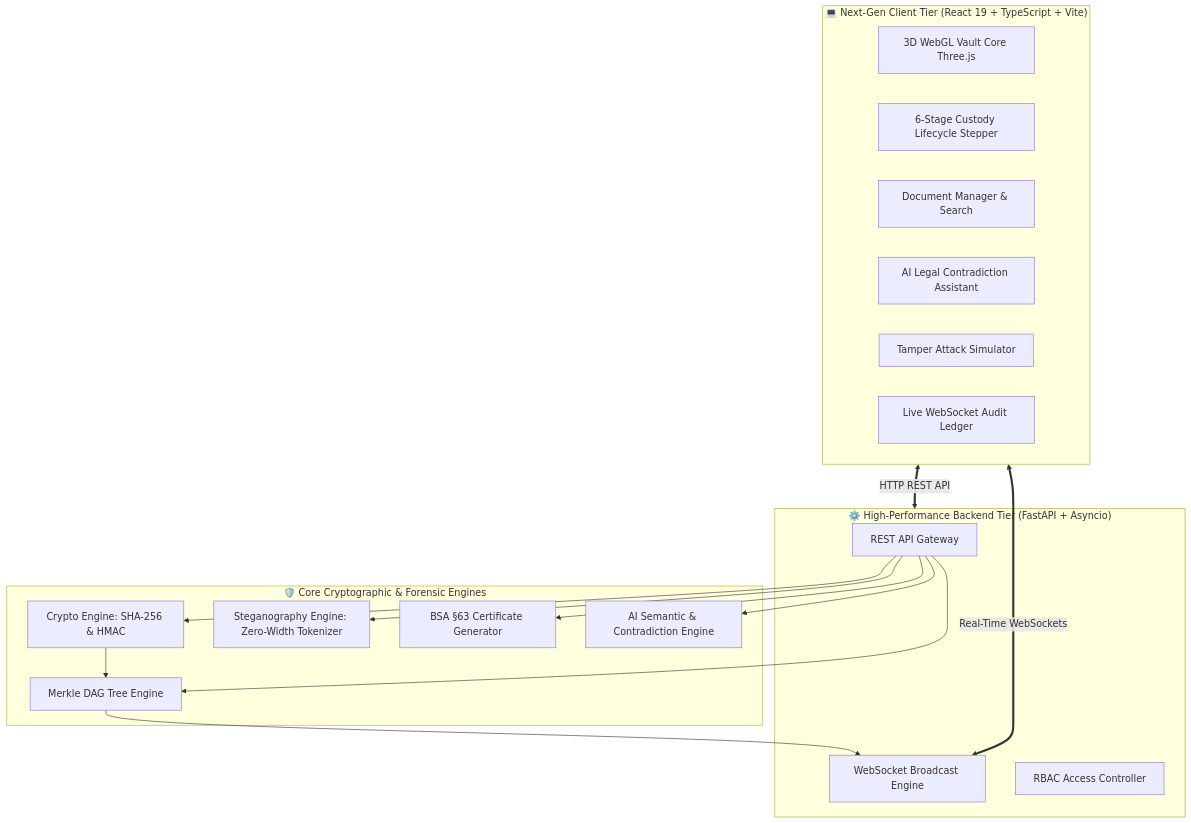
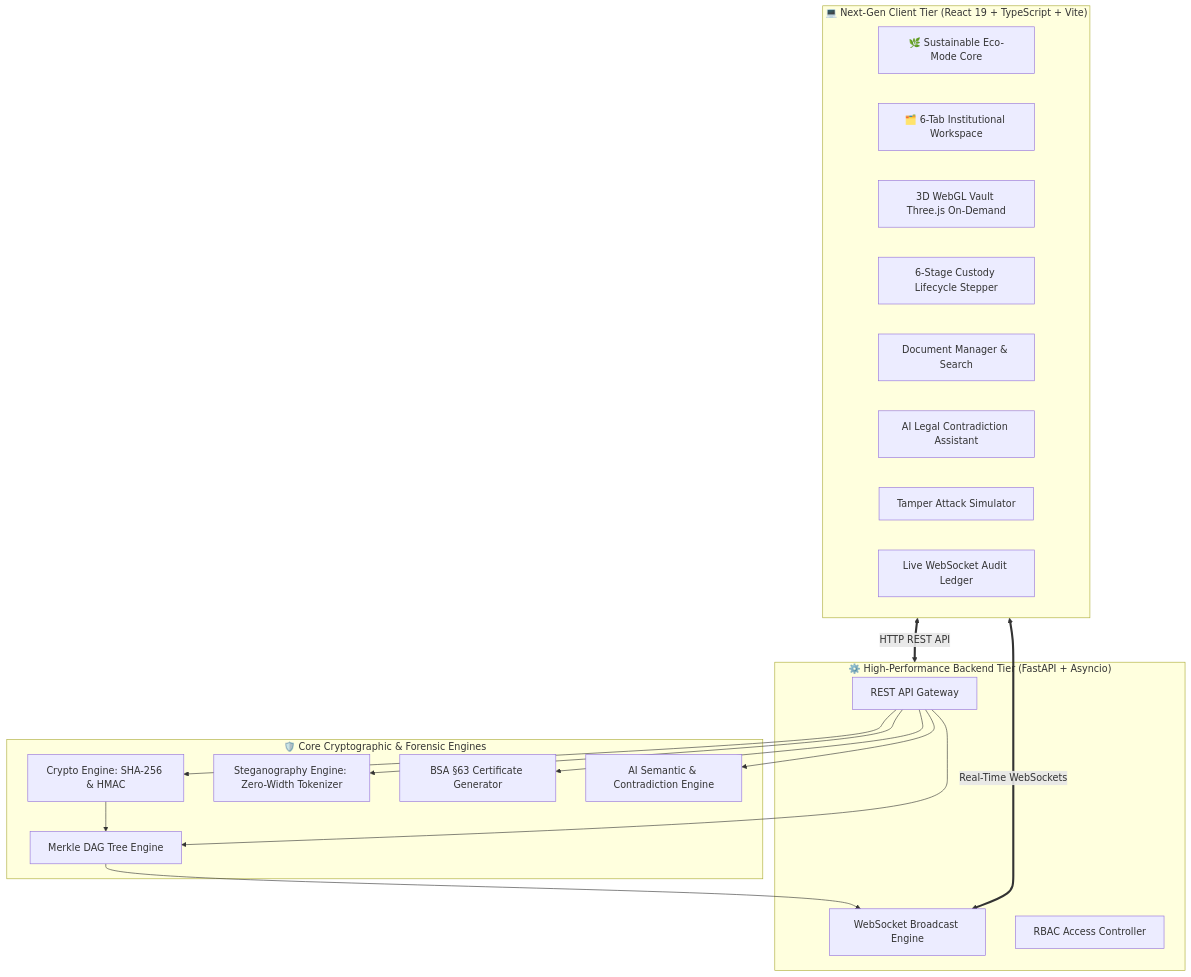
One commit to Rahulcoder-881/NyayaVault changed the diagram in README.md. Above: the diagram before and after it, drawn with Mermaid. The commit also changed other lines of this file and 2 other files, not shown here.

Commit message:
docs: update README and technical design/appflow specs with Sustainable Eco-Mode and tabbed workspace

````diff
--- a/README.md
+++ b/README.md
@@ -90,35 +92,37 @@
 ```mermaid
 flowchart TD
     subgraph UI ["💻 Next-Gen Client Tier (React 19 + TypeScript + Vite)"]
-        A[3D WebGL Vault Core Three.js]
-        B[6-Stage Custody Lifecycle Stepper]
-        C[Document Manager & Search]
-        D[AI Legal Contradiction Assistant]
-        E[Tamper Attack Simulator]
-        F[Live WebSocket Audit Ledger]
+        A[🌿 Sustainable Eco-Mode Core]
+        B[🗂️ 6-Tab Institutional Workspace]
+        C[3D WebGL Vault Three.js On-Demand]
+        D[6-Stage Custody Lifecycle Stepper]
+        E[Document Manager & Search]
+        F[AI Legal Contradiction Assistant]
+        G[Tamper Attack Simulator]
+        H[Live WebSocket Audit Ledger]
     end
 
     subgraph API ["⚙️ High-Performance Backend Tier (FastAPI + Asyncio)"]
-        G[REST API Gateway]
-        H[WebSocket Broadcast Engine]
-        I[RBAC Access Controller]
+        I[REST API Gateway]
+        J[WebSocket Broadcast Engine]
+        K[RBAC Access Controller]
     end
 
     subgraph ENGINE ["🛡️ Core Cryptographic & Forensic Engines"]
-        J[Crypto Engine: SHA-256 & HMAC]
-        K[Merkle DAG Tree Engine]
-        L[Steganography Engine: Zero-Width Tokenizer]
-        M[BSA §63 Certificate Generator]
-        N[AI Semantic & Contradiction Engine]
+        L[Crypto Engine: SHA-256 & HMAC]
+        M[Merkle DAG Tree Engine]
+        N[Steganography Engine: Zero-Width Tokenizer]
+        O[BSA §63 Certificate Generator]
+        P[AI Semantic & Contradiction Engine]
     end
 
     UI <==>|HTTP REST API| API
-    UI <==>|Real-Time WebSockets| H
-    G --> J
-    G --> K
-    G --> L
-    G --> M
-    G --> N
-    J --> K
-    K --> H
+    UI <==>|Real-Time WebSockets| J
+    I --> L
+    I --> M
+    I --> N
+    I --> O
+    I --> P
+    L --> M
+    M --> J
 ```
````
